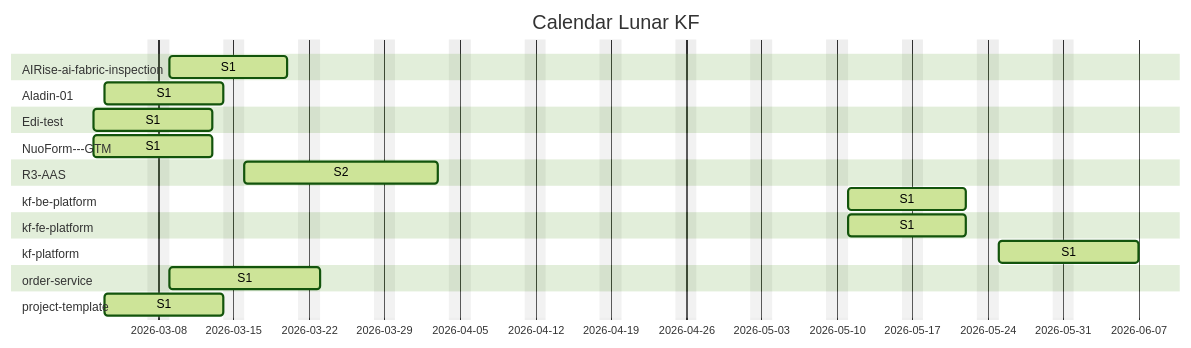
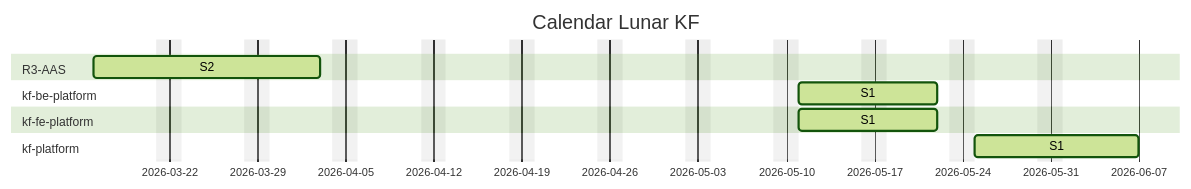
One commit to Katty-Fashion/kf-cpto changed the second of 2 diagrams in unified-calendar.md. Above: the diagram before and after it, drawn with Mermaid (forest theme). The commit also changed other lines of this file and 20 other files, not shown here.

````diff
--- a/unified-calendar.md
+++ b/unified-calendar.md
@@ -22,27 +22,15 @@
 ```mermaid
 gantt
     title Calendar Lunar KF
     dateFormat YYYY-MM-DD
     excludes weekends
 
-    section AIRise-ai-fabric-inspection
-    S1 :active, 2026-03-09, 2026-03-20
-    section Aladin-01
-    S1 :active, 2026-03-03, 2026-03-14
-    section Edi-test
-    S1 :active, 2026-03-02, 2026-03-13
-    section NuoForm---GTM
-    S1 :active, 2026-03-02, 2026-03-13
     section R3-AAS
     S2 :active, 2026-03-16, 2026-04-03
     section kf-be-platform
     S1 :active, 2026-05-11, 2026-05-22
     section kf-fe-platform
     S1 :active, 2026-05-11, 2026-05-22
     section kf-platform
     S1 :active, 2026-05-25, 2026-06-07
-    section order-service
-    S1 :active, 2026-03-09, 2026-03-23
-    section project-template
-    S1 :active, 2026-03-03, 2026-03-14
 ```
````
